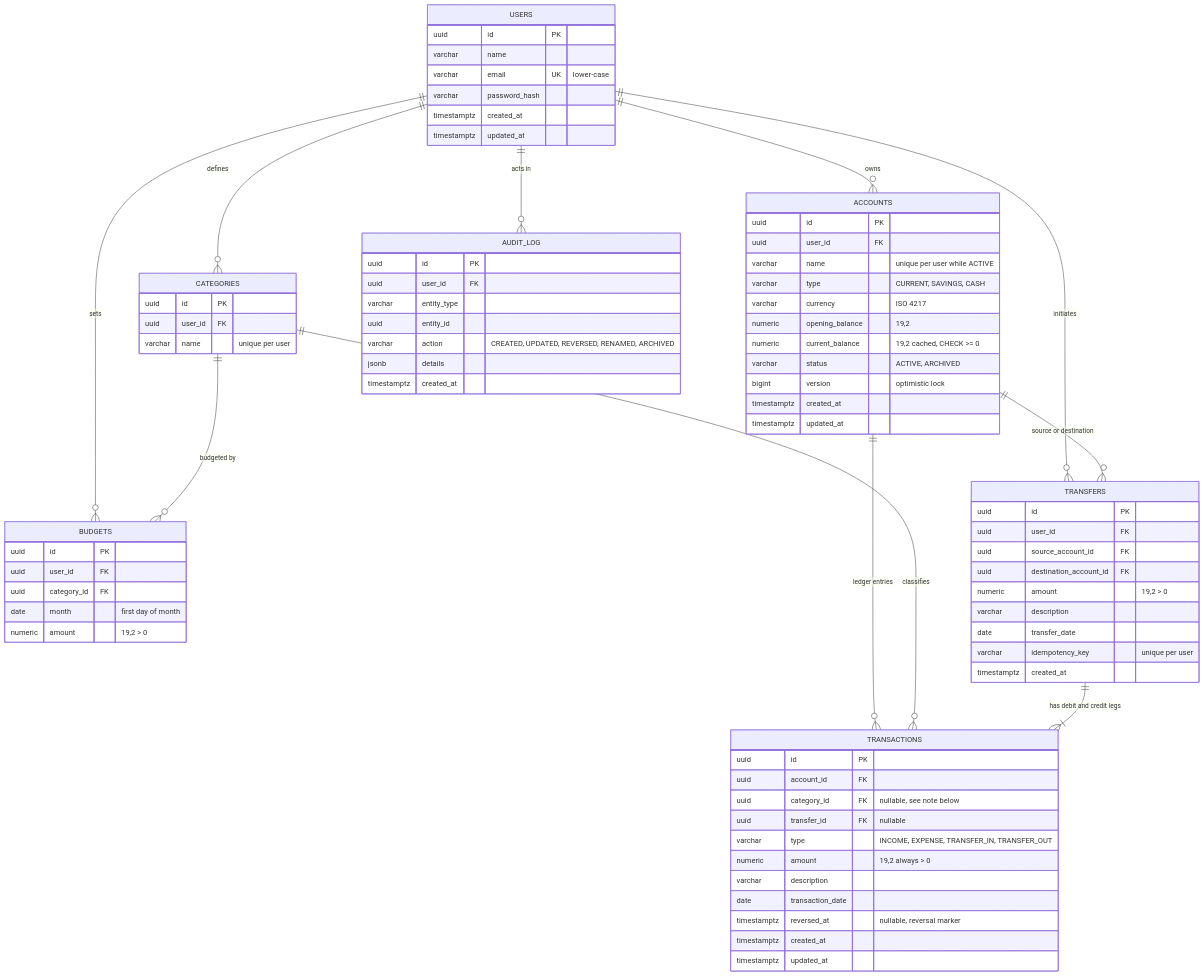
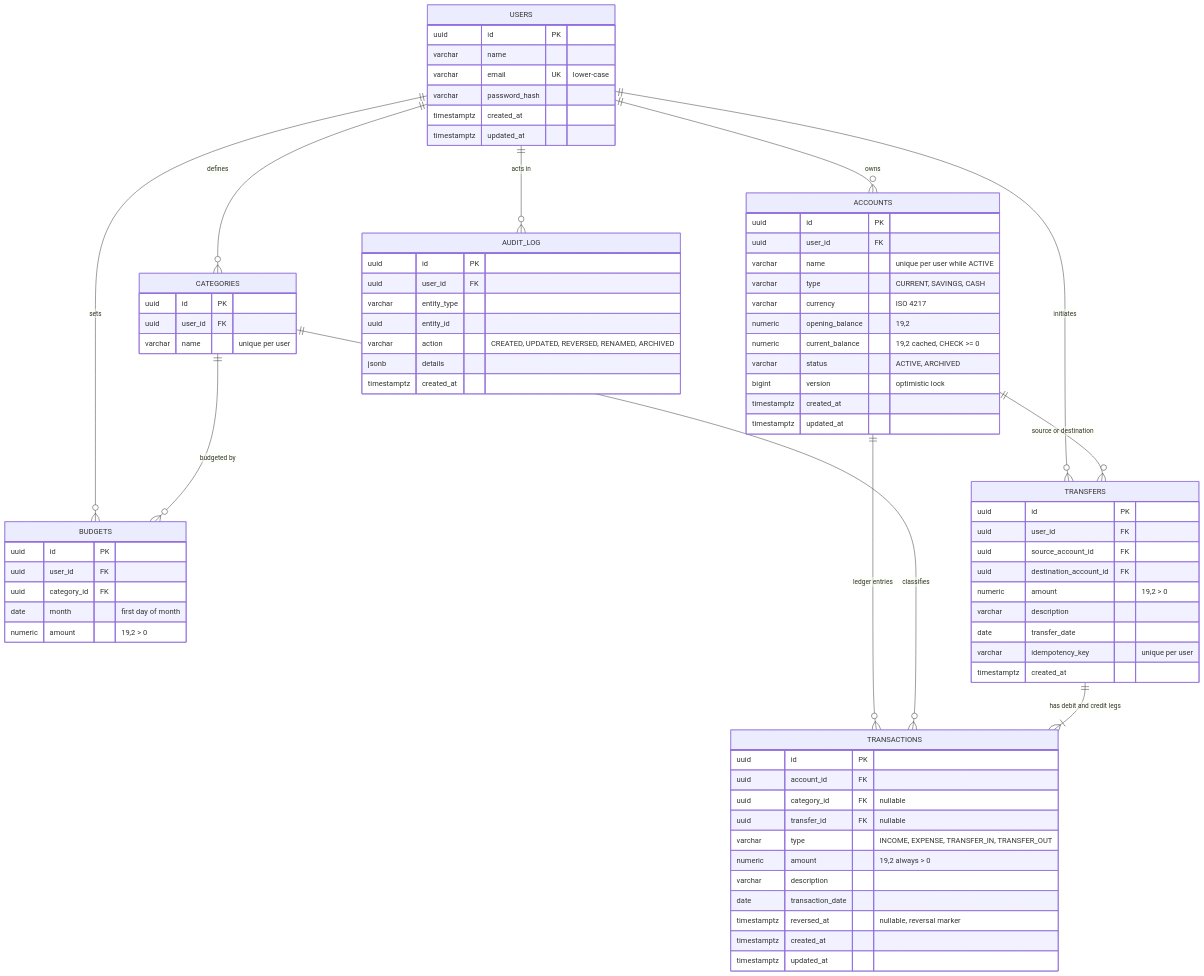
Before and after one commit to TanviC1314/fintrack-personal-finance-system: the diagram in docs/DATABASE_DESIGN.md, drawn with Mermaid. The commit also changed other lines of this file and 19 other files, not shown here.

````diff
--- a/docs/DATABASE_DESIGN.md
+++ b/docs/DATABASE_DESIGN.md
@@ -10,80 +10,80 @@
 ```mermaid
 erDiagram
     USERS ||--o{ ACCOUNTS : owns
     USERS ||--o{ CATEGORIES : defines
     USERS ||--o{ BUDGETS : sets
     USERS ||--o{ TRANSFERS : initiates
     USERS ||--o{ AUDIT_LOG : "acts in"
     ACCOUNTS ||--o{ TRANSACTIONS : "ledger entries"
     CATEGORIES ||--o{ TRANSACTIONS : classifies
     CATEGORIES ||--o{ BUDGETS : "budgeted by"
     TRANSFERS ||--|{ TRANSACTIONS : "has debit and credit legs"
     ACCOUNTS ||--o{ TRANSFERS : "source or destination"
 
     USERS {
         uuid id PK
         varchar name
         varchar email UK "lower-case"
         varchar password_hash
         timestamptz created_at
         timestamptz updated_at
     }
     ACCOUNTS {
         uuid id PK
         uuid user_id FK
         varchar name "unique per user while ACTIVE"
         varchar type "CURRENT, SAVINGS, CASH"
         varchar currency "ISO 4217"
         numeric opening_balance "19,2"
         numeric current_balance "19,2 cached, CHECK >= 0"
         varchar status "ACTIVE, ARCHIVED"
         bigint version "optimistic lock"
         timestamptz created_at
         timestamptz updated_at
     }
     TRANSACTIONS {
         uuid id PK
         uuid account_id FK
-        uuid category_id FK "nullable, see note below"
+        uuid category_id FK "nullable"
         uuid transfer_id FK "nullable"
         varchar type "INCOME, EXPENSE, TRANSFER_IN, TRANSFER_OUT"
         numeric amount "19,2 always > 0"
         varchar description
         date transaction_date
         timestamptz reversed_at "nullable, reversal marker"
         timestamptz created_at
         timestamptz updated_at
     }
     TRANSFERS {
         uuid id PK
         uuid user_id FK
         uuid source_account_id FK
         uuid destination_account_id FK
         numeric amount "19,2 > 0"
         varchar description
         date transfer_date
         varchar idempotency_key "unique per user"
         timestamptz created_at
     }
     CATEGORIES {
         uuid id PK
         uuid user_id FK
         varchar name "unique per user"
     }
     BUDGETS {
         uuid id PK
         uuid user_id FK
         uuid category_id FK
         date month "first day of month"
         numeric amount "19,2 > 0"
     }
     AUDIT_LOG {
         uuid id PK
         uuid user_id FK
         varchar entity_type
         uuid entity_id
         varchar action "CREATED, UPDATED, REVERSED, RENAMED, ARCHIVED"
         jsonb details
         timestamptz created_at
     }
 ```
````
